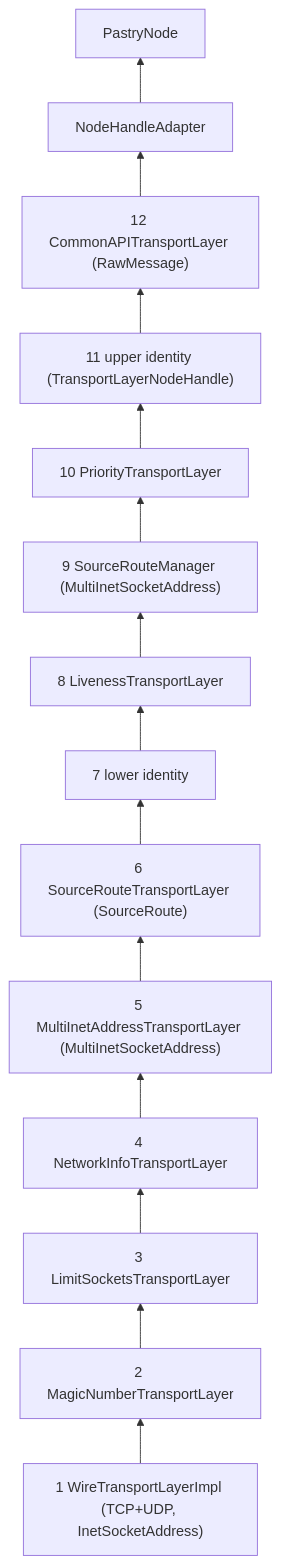
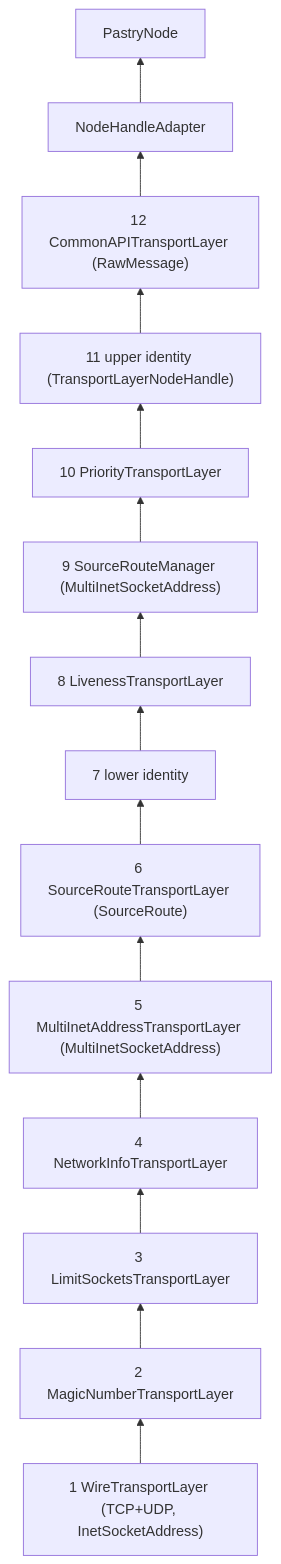
The second of 2 diagrams in docs/ARCHITECTURE.md (damoeb/freepastry), drawn with Mermaid before and after one commit. The commit also changed other lines of this file and 25 other files, not shown here.

First line of the commit message:
r: collapse WireTransportLayer and WireTransportLayerImpl into WireTransportLayer

````diff
--- a/docs/ARCHITECTURE.md
+++ b/docs/ARCHITECTURE.md
@@ -219,7 +219,7 @@
 ```mermaid
 flowchart BT
-  W["1 WireTransportLayerImpl (TCP+UDP, InetSocketAddress)"] --> M["2 MagicNumberTransportLayer"] --> LS["3 LimitSocketsTransportLayer"] --> NI["4 NetworkInfoTransportLayer"]
+  W["1 WireTransportLayer (TCP+UDP, InetSocketAddress)"] --> M["2 MagicNumberTransportLayer"] --> LS["3 LimitSocketsTransportLayer"] --> NI["4 NetworkInfoTransportLayer"]
   NI --> MA["5 MultiInetAddressTransportLayer (MultiInetSocketAddress)"] --> SR["6 SourceRouteTransportLayer (SourceRoute)"] --> LI["7 lower identity"] --> LV["8 LivenessTransportLayer"]
   LV --> SRM["9 SourceRouteManager (MultiInetSocketAddress)"] --> PR["10 PriorityTransportLayer"] --> UI["11 upper identity (TransportLayerNodeHandle)"] --> CA["12 CommonAPITransportLayer (RawMessage)"]
   CA --> NHA["NodeHandleAdapter"] --> PN["PastryNode"]
 ```
````
